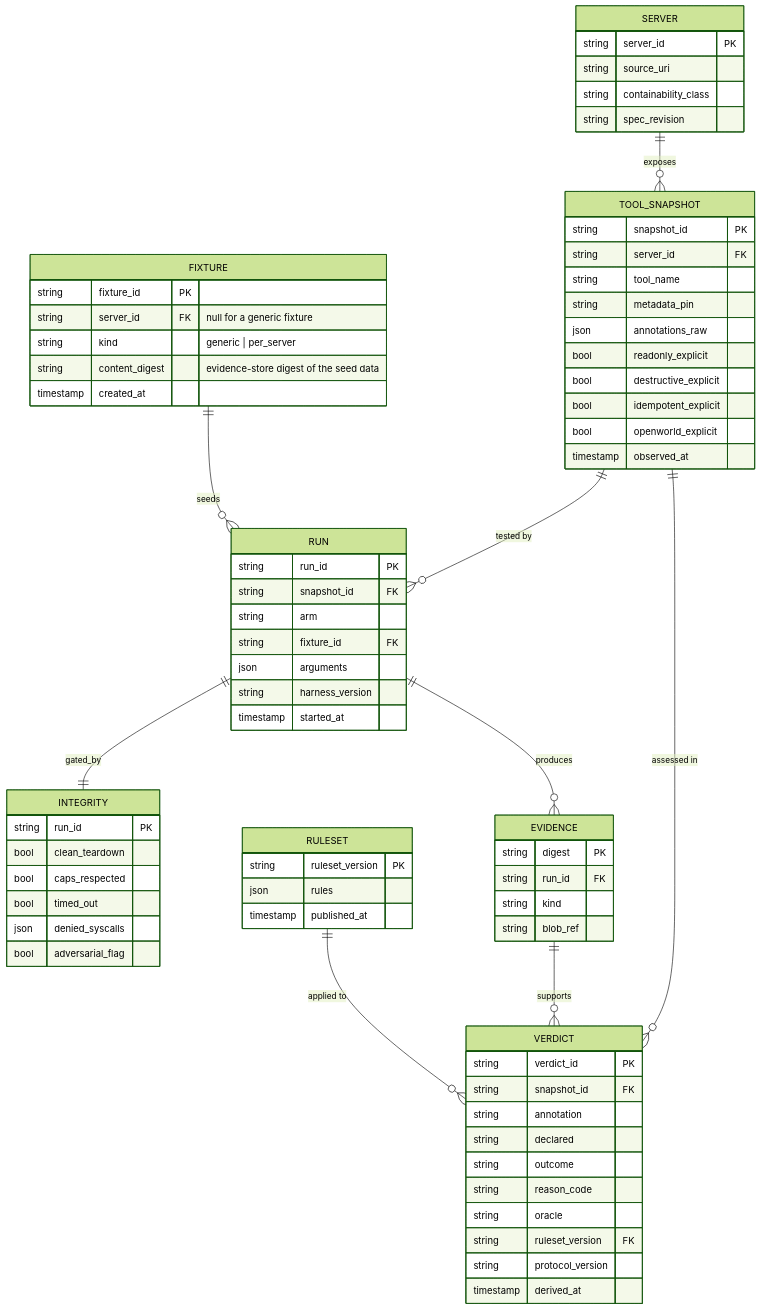
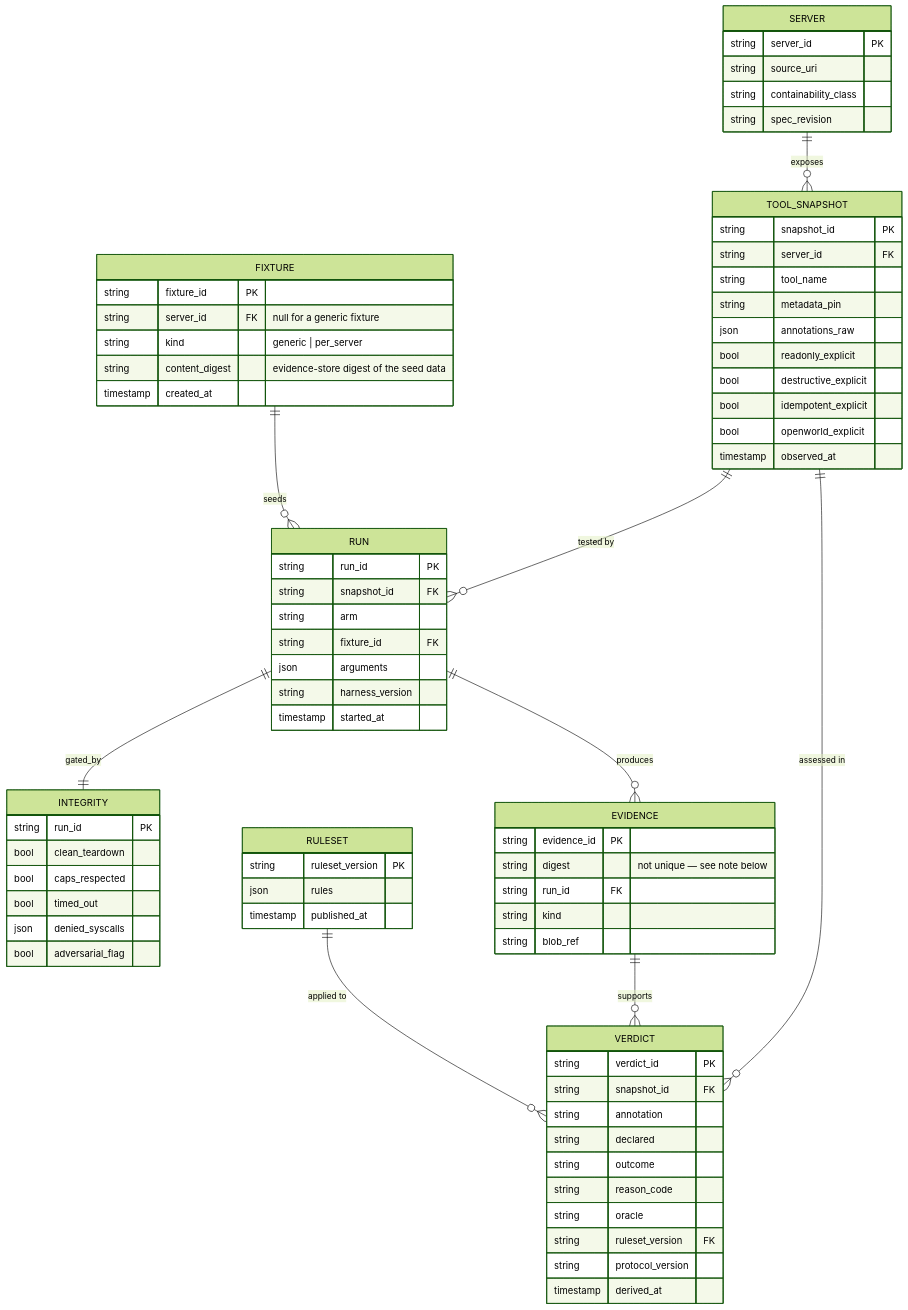
One commit to junhecui/mcp-conformance changed the ninth of 10 diagrams in docs/architecture.md. Above: the diagram before and after it, drawn with Mermaid (forest theme). The commit also changed other lines of this file and 9 other files, not shown here.

````diff
--- a/docs/architecture.md
+++ b/docs/architecture.md
@@ -373,77 +373,78 @@
 ```mermaid
 erDiagram
     SERVER ||--o{ TOOL_SNAPSHOT : exposes
     TOOL_SNAPSHOT ||--o{ RUN : "tested by"
     TOOL_SNAPSHOT ||--o{ VERDICT : "assessed in"
     RUN ||--|| INTEGRITY : gated_by
     RUN ||--o{ EVIDENCE : produces
     EVIDENCE ||--o{ VERDICT : supports
     RULESET ||--o{ VERDICT : "applied to"
     FIXTURE ||--o{ RUN : seeds
 
     SERVER {
         string server_id PK
         string source_uri
         string containability_class
         string spec_revision
     }
     TOOL_SNAPSHOT {
         string snapshot_id PK
         string server_id FK
         string tool_name
         string metadata_pin
         json annotations_raw
         bool readonly_explicit
         bool destructive_explicit
         bool idempotent_explicit
         bool openworld_explicit
         timestamp observed_at
     }
     RUN {
         string run_id PK
         string snapshot_id FK
         string arm
         string fixture_id FK
         json arguments
         string harness_version
         timestamp started_at
     }
     INTEGRITY {
         string run_id PK
         bool clean_teardown
         bool caps_respected
         bool timed_out
         json denied_syscalls
         bool adversarial_flag
     }
     EVIDENCE {
-        string digest PK
+        string evidence_id PK
+        string digest "not unique — see note below"
         string run_id FK
         string kind
         string blob_ref
     }
     VERDICT {
         string verdict_id PK
         string snapshot_id FK
         string annotation
         string declared
         string outcome
         string reason_code
         string oracle
         string ruleset_version FK
         string protocol_version
         timestamp derived_at
     }
     RULESET {
         string ruleset_version PK
         json rules
         timestamp published_at
     }
     FIXTURE {
         string fixture_id PK
         string server_id FK "null for a generic fixture"
         string kind "generic | per_server"
         string content_digest "evidence-store digest of the seed data"
         timestamp created_at
     }
 ```
````
